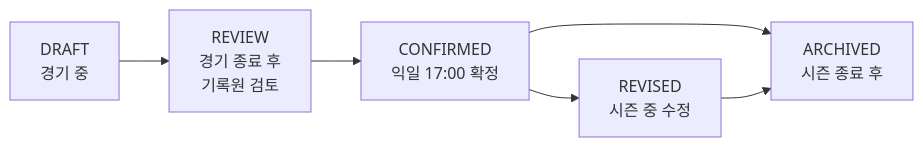
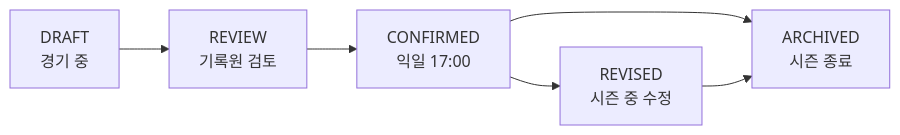
Before and after one commit to kbop-platform/kbo-data-governance: the third of 3 diagrams in architecture.md, drawn with Mermaid. The commit also changed other lines of this file and 3 other files, not shown here.

````diff
--- a/architecture.md
+++ b/architecture.md
@@ -152,8 +115,8 @@
 ```mermaid
 flowchart LR
-    DRAFT["DRAFT\n경기 중"] --> REVIEW["REVIEW\n경기 종료 후\n기록원 검토"]
-    REVIEW --> CONFIRMED["CONFIRMED\n익일 17:00 확정"]
+    DRAFT["DRAFT\n경기 중"] --> REVIEW["REVIEW\n기록원 검토"]
+    REVIEW --> CONFIRMED["CONFIRMED\n익일 17:00"]
     CONFIRMED --> REVISED["REVISED\n시즌 중 수정"]
-    CONFIRMED --> ARCHIVED["ARCHIVED\n시즌 종료 후"]
+    CONFIRMED --> ARCHIVED["ARCHIVED\n시즌 종료"]
     REVISED --> ARCHIVED
 ```
````
